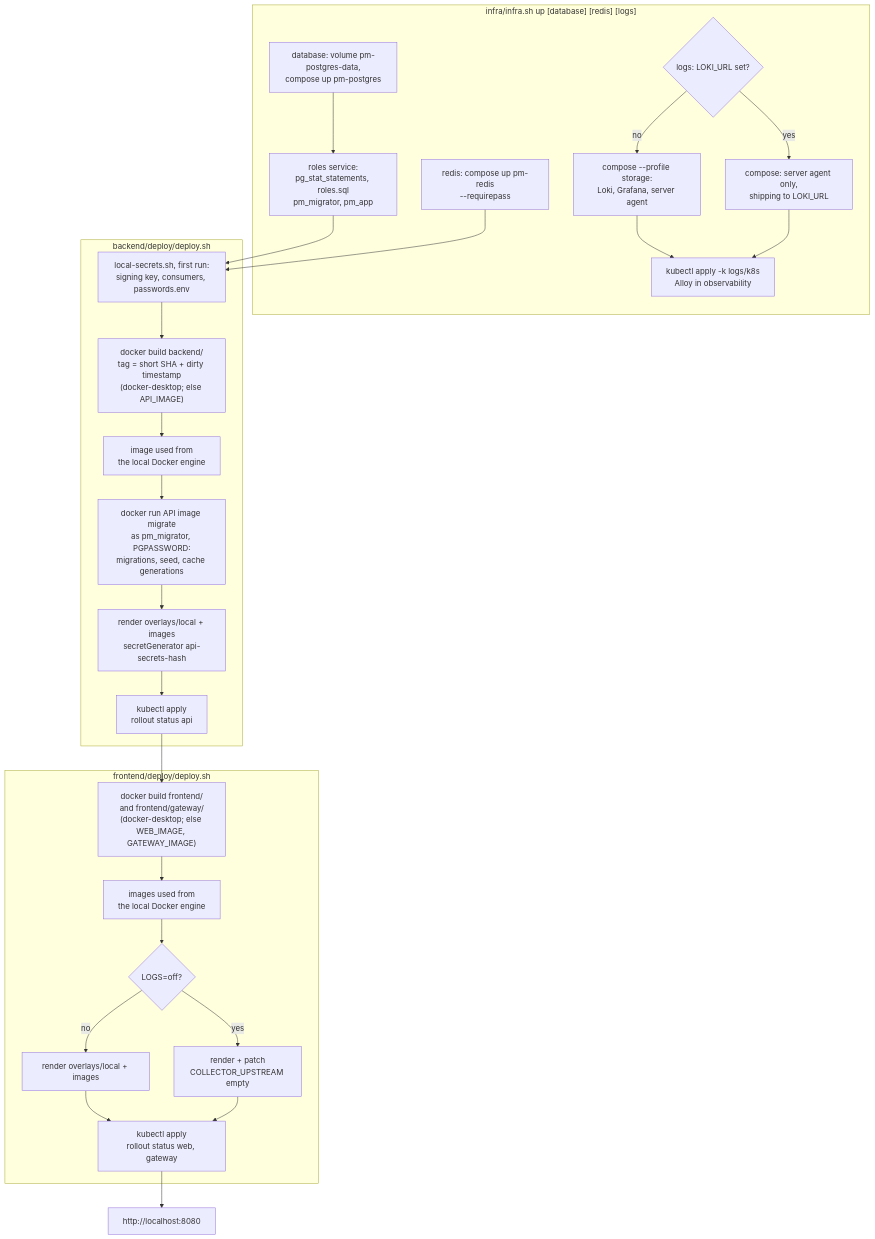
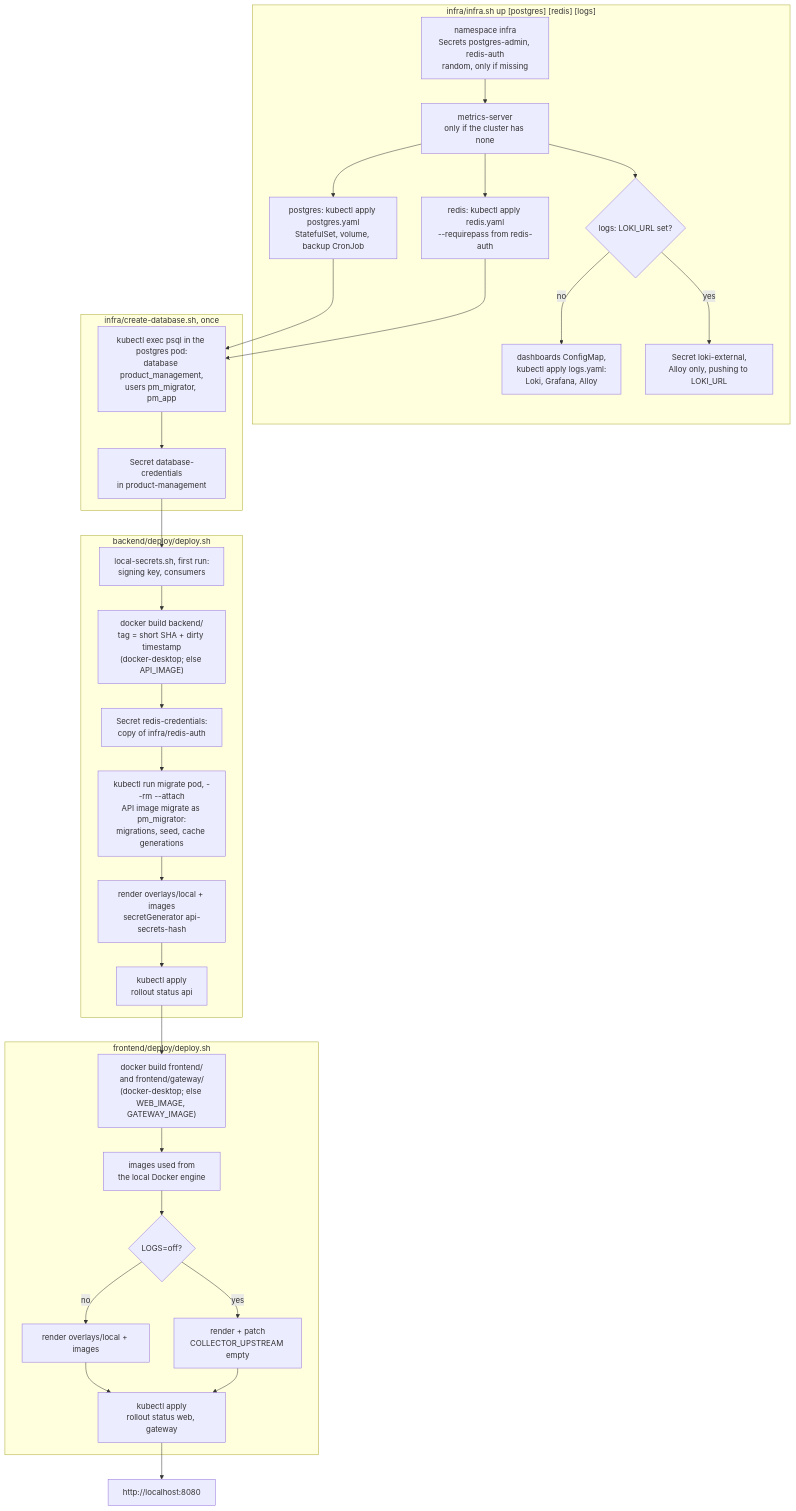
Before and after one commit to RubenCipriano/zeiss-product-management: diagram 13 of 18 in docs/flows.md, drawn with Mermaid. The commit also changed other lines of this file and 80 other files, not shown here.

First line of the commit message:
build: run the shared infrastructure in Kubernetes

````diff
--- a/docs/flows.md
+++ b/docs/flows.md
@@ -644,31 +645,36 @@
 ```mermaid
 flowchart TD
-    subgraph infra["infra/infra.sh up [database] [redis] [logs]"]
-        i1["database: volume pm-postgres-data,<br/>compose up pm-postgres"] --> i2["roles service:<br/>pg_stat_statements, roles.sql<br/>pm_migrator, pm_app"]
-        i3["redis: compose up pm-redis<br/>--requirepass"]
-        i4{"logs: LOKI_URL set?"}
-        i4 -->|"no"| i5["compose --profile storage:<br/>Loki, Grafana, server agent"]
-        i4 -->|"yes"| i6["compose: server agent only,<br/>shipping to LOKI_URL"]
-        i5 & i6 --> i7["kubectl apply -k logs/k8s<br/>Alloy in observability"]
+    subgraph infra["infra/infra.sh up [postgres] [redis] [logs]"]
+        i0["namespace infra<br/>Secrets postgres-admin, redis-auth<br/>random, only if missing"] --> i0b["metrics-server<br/>only if the cluster has none"]
+        i0b --> i1["postgres: kubectl apply postgres.yaml<br/>StatefulSet, volume, backup CronJob"]
+        i0b --> i3["redis: kubectl apply redis.yaml<br/>--requirepass from redis-auth"]
+        i0b --> i4{"logs: LOKI_URL set?"}
+        i4 -->|"no"| i5["dashboards ConfigMap,<br/>kubectl apply logs.yaml:<br/>Loki, Grafana, Alloy"]
+        i4 -->|"yes"| i6["Secret loki-external,<br/>Alloy only, pushing to LOKI_URL"]
+    end
+
+    subgraph db["infra/create-database.sh, once"]
+        d1["kubectl exec psql in the postgres pod:<br/>database product_management,<br/>users pm_migrator, pm_app"] --> d2["Secret database-credentials<br/>in product-management"]
     end
 
     subgraph backend["backend/deploy/deploy.sh"]
-        b0["local-secrets.sh, first run:<br/>signing key, consumers, passwords.env"] --> b1["docker build backend/<br/>tag = short SHA + dirty timestamp<br/>(docker-desktop; else API_IMAGE)"]
-        b1 --> b2["image used from<br/>the local Docker engine"]
-        b2 --> b3["docker run API image migrate<br/>as pm_migrator, PGPASSWORD:<br/>migrations, seed, cache generations"]
+        b0["local-secrets.sh, first run:<br/>signing key, consumers"] --> b1["docker build backend/<br/>tag = short SHA + dirty timestamp<br/>(docker-desktop; else API_IMAGE)"]
+        b1 --> b2["Secret redis-credentials:<br/>copy of infra/redis-auth"]
+        b2 --> b3["kubectl run migrate pod, --rm --attach<br/>API image migrate as pm_migrator:<br/>migrations, seed, cache generations"]
         b3 --> b4["render overlays/local + images<br/>secretGenerator api-secrets-hash"]
         b4 --> b5["kubectl apply<br/>rollout status api"]
     end
 
     subgraph frontend["frontend/deploy/deploy.sh"]
         f1["docker build frontend/<br/>and frontend/gateway/<br/>(docker-desktop; else WEB_IMAGE, GATEWAY_IMAGE)"] --> f2["images used from<br/>the local Docker engine"]
         f2 --> f3{"LOGS=off?"}
         f3 -->|"no"| f4["render overlays/local + images"]
         f3 -->|"yes"| f5["render + patch<br/>COLLECTOR_UPSTREAM empty"]
         f4 & f5 --> f6["kubectl apply<br/>rollout status web, gateway"]
     end
 
-    i2 & i3 --> b0
+    i1 & i3 --> d1
+    d2 --> b0
     b5 --> f1
     f6 --> done["http://localhost:8080"]
 ```
````
